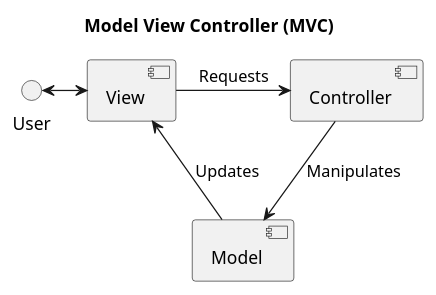
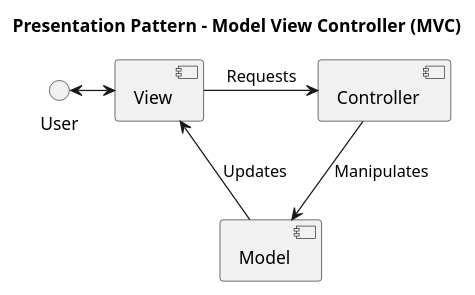
One commit to mwwhited-notes/shared changed the first of 3 diagrams in ArchitecturePatterns/PresentationPatterns.md. Above: the diagram before and after it, drawn with PlantUML. The commit also changed other lines of this file and 7 other files, not shown here.

Commit message:
update architectural patterns and add creational patterns

````diff
--- a/ArchitecturePatterns/PresentationPatterns.md
+++ b/ArchitecturePatterns/PresentationPatterns.md
@@ -5,16 +5,16 @@
 ```plantuml
-title: Model View Controller (MVC)
+title: Presentation Pattern - Model View Controller (MVC)
 
 () User
 
 [Model]
 [View]
 [Controller]
 
 User <-> View
 
 Model --> View : Updates
 View -> Controller : Requests
 Controller --> Model : Manipulates
 
 ```
````
